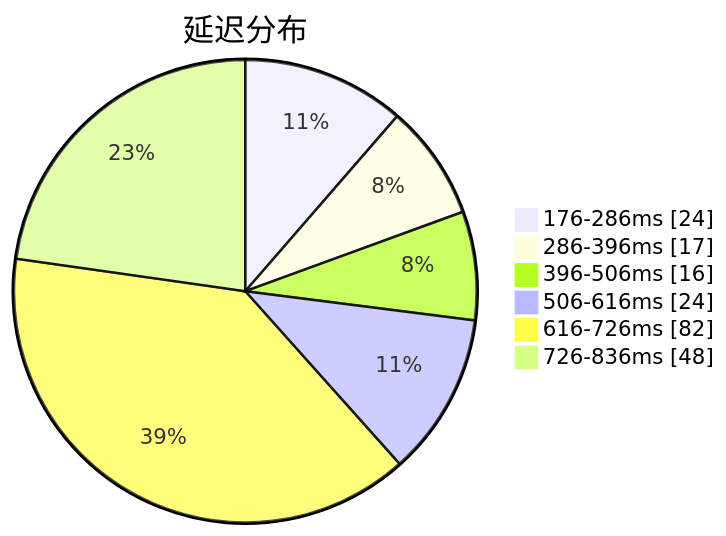
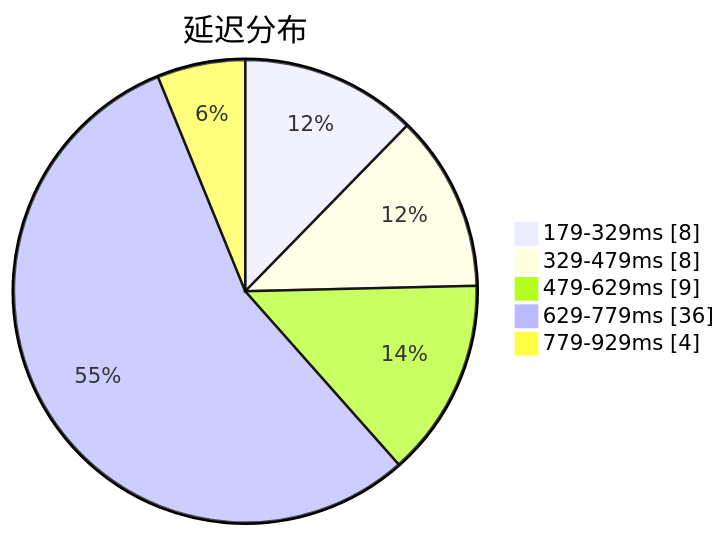
Before and after one commit to qjlxg/airport: the first of 3 diagrams in subs/statistics/tested_within.md, drawn with Mermaid. The commit also changed other lines of this file and 2 other files, not shown here.

````diff
--- a/subs/statistics/tested_within.md
+++ b/subs/statistics/tested_within.md
@@ -2,10 +2,9 @@
 ```mermaid
 pie showData
 title 延迟分布
-"176-286ms" : 24
-"286-396ms" : 17
-"396-506ms" : 16
-"506-616ms" : 24
-"616-726ms" : 82
-"726-836ms" : 48
+"179-329ms" : 8
+"329-479ms" : 8
+"479-629ms" : 9
+"629-779ms" : 36
+"779-929ms" : 4
 ```
````
